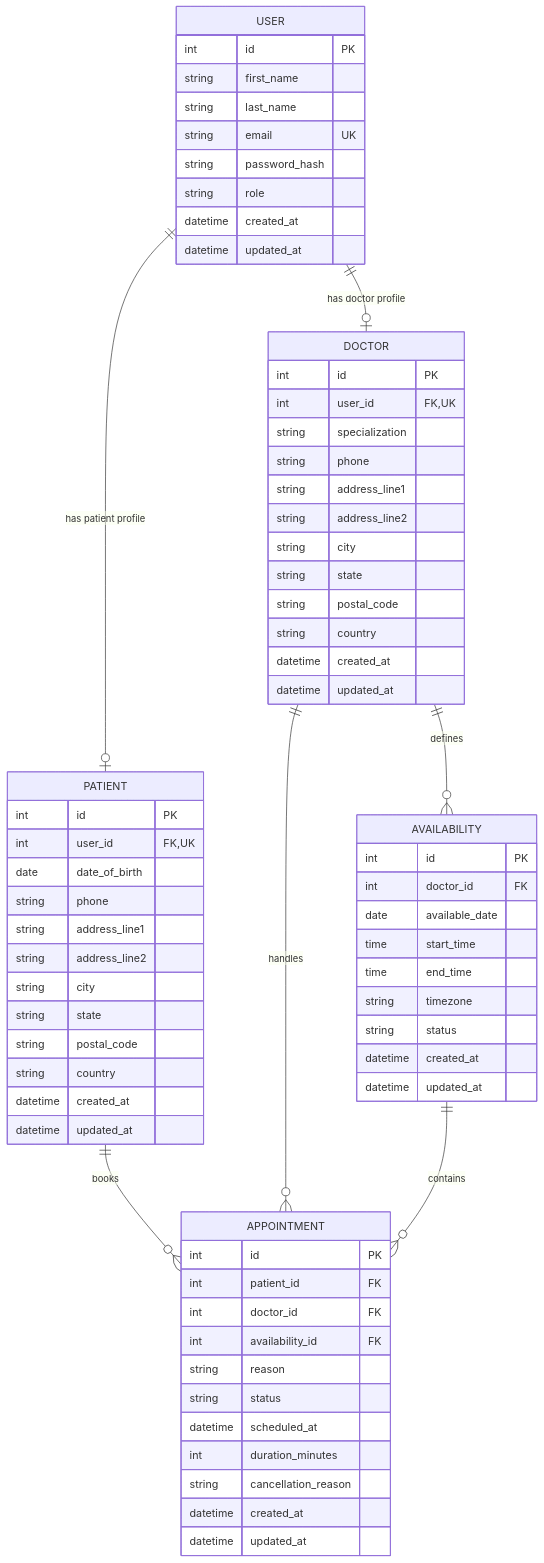
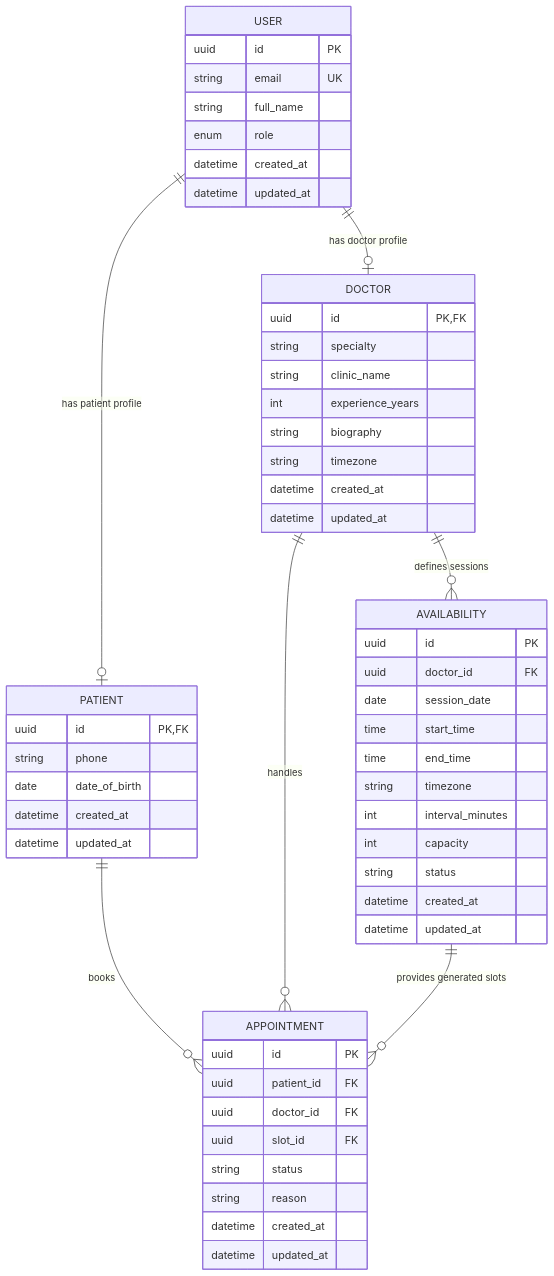
The diagram in docs/er-diagram.md (bhaskarpandey1234/schedula-bhaskar-pandey), drawn with Mermaid before and after one commit. The commit also changed other lines of this file and 48 other files, not shown here.

````diff
--- a/docs/er-diagram.md
+++ b/docs/er-diagram.md
@@ -5,76 +5,62 @@
 ```mermaid
 erDiagram
     USER {
-        int id PK
-        string first_name
-        string last_name
+        uuid id PK
         string email UK
-        string password_hash
-        string role
+        string full_name
+        enum role
         datetime created_at
         datetime updated_at
     }
 
     PATIENT {
-        int id PK
-        int user_id FK, UK
+        uuid id PK, FK
+        string phone
         date date_of_birth
-        string phone
-        string address_line1
-        string address_line2
-        string city
-        string state
-        string postal_code
-        string country
         datetime created_at
         datetime updated_at
     }
 
     DOCTOR {
-        int id PK
-        int user_id FK, UK
-        string specialization
-        string phone
-        string address_line1
-        string address_line2
-        string city
-        string state
-        string postal_code
-        string country
+        uuid id PK, FK
+        string specialty
+        string clinic_name
+        int experience_years
+        string biography
+        string timezone
         datetime created_at
         datetime updated_at
     }
 
     AVAILABILITY {
-        int id PK
-        int doctor_id FK
-        date available_date
+        uuid id PK
+        uuid doctor_id FK
+        date session_date
         time start_time
         time end_time
         string timezone
+        int interval_minutes
+        int capacity
         string status
         datetime created_at
         datetime updated_at
     }
 
     APPOINTMENT {
-        int id PK
-        int patient_id FK
-        int doctor_id FK
-        int availability_id FK
+        uuid id PK
+        uuid patient_id FK
+        uuid doctor_id FK
+        uuid slot_id FK
+        string status
         string reason
-        string status
-        datetime scheduled_at
-        int duration_minutes
-        string cancellation_reason
         datetime created_at
         datetime updated_at
     }
 
     USER ||--o| PATIENT : "has patient profile"
     USER ||--o| DOCTOR : "has doctor profile"
-    DOCTOR ||--o{ AVAILABILITY : "defines"
+    DOCTOR ||--o{ AVAILABILITY : "defines sessions"
     PATIENT ||--o{ APPOINTMENT : "books"
     DOCTOR ||--o{ APPOINTMENT : "handles"
-    AVAILABILITY ||--o{ APPOINTMENT : "contains"
+    AVAILABILITY ||--o{ APPOINTMENT : "provides generated slots"
 ```
````
